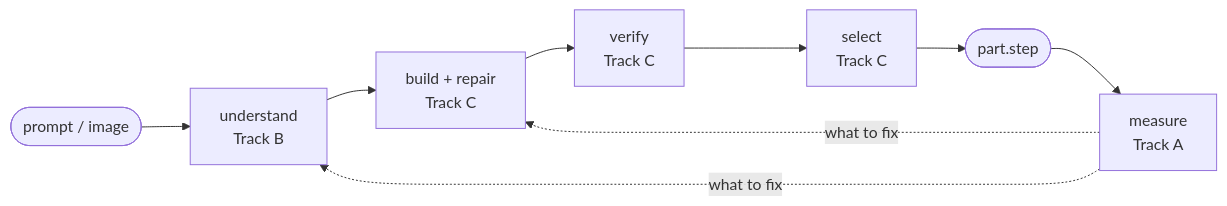
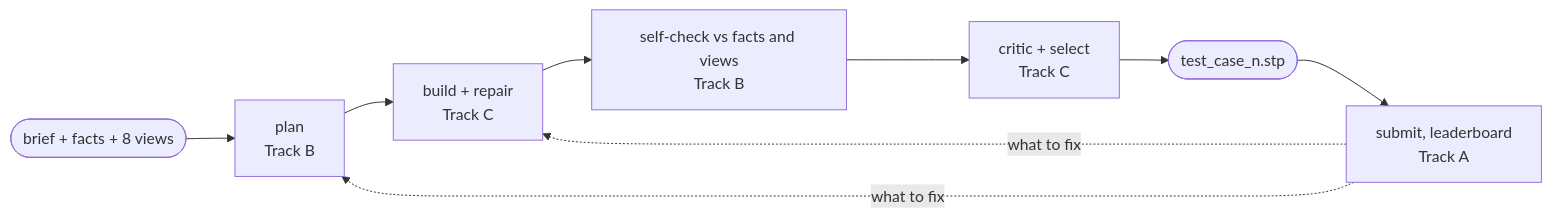
The diagram in README.md (rumutaydin/sphere-forge-agent), drawn with Mermaid before and after one commit. The commit also changed other lines of this file and 236 other files, not shown here.

First line of the commit message:
Rebuild around the kickoff rules: STEP only, facts self-check, organiser entry point

````diff
--- a/README.md
+++ b/README.md
@@ -6,11 +7,11 @@
 ```mermaid
 flowchart LR
-    IN(["prompt / image"]) --> U["understand<br/>Track B"]
-    U --> G["build + repair<br/>Track C"]
-    G --> V["verify<br/>Track C"]
-    V --> S["select<br/>Track C"]
-    S --> OUT(["part.step"])
-    OUT --> M["measure<br/>Track A"]
-    M -. "what to fix" .-> U
-    M -. "what to fix" .-> G
+    IN(["brief + facts + 8 views"]) --> P["plan<br/>Track B"]
+    P --> G["build + repair<br/>Track C"]
+    G --> K["self-check vs facts and views<br/>Track B"]
+    K --> V["critic + select<br/>Track C"]
+    V --> OUT(["test_case_n.stp"])
+    OUT --> SUB["submit, leaderboard<br/>Track A"]
+    SUB -. "what to fix" .-> P
+    SUB -. "what to fix" .-> G
 ```
````
